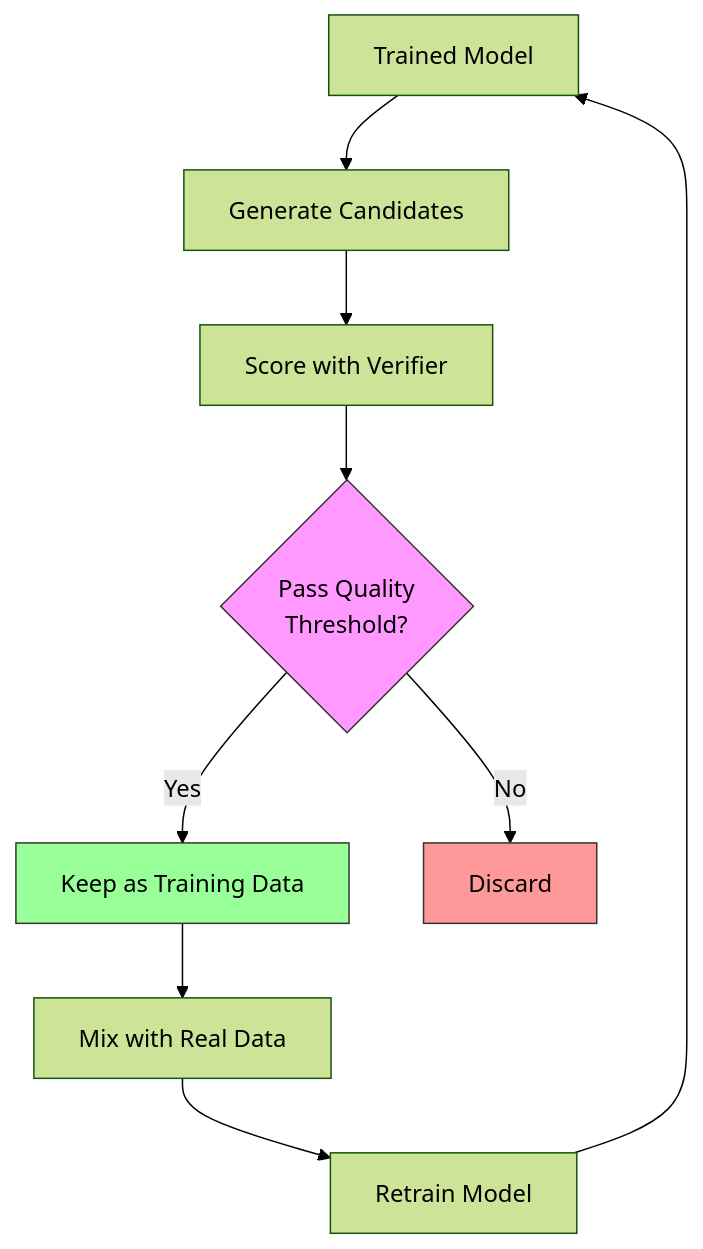
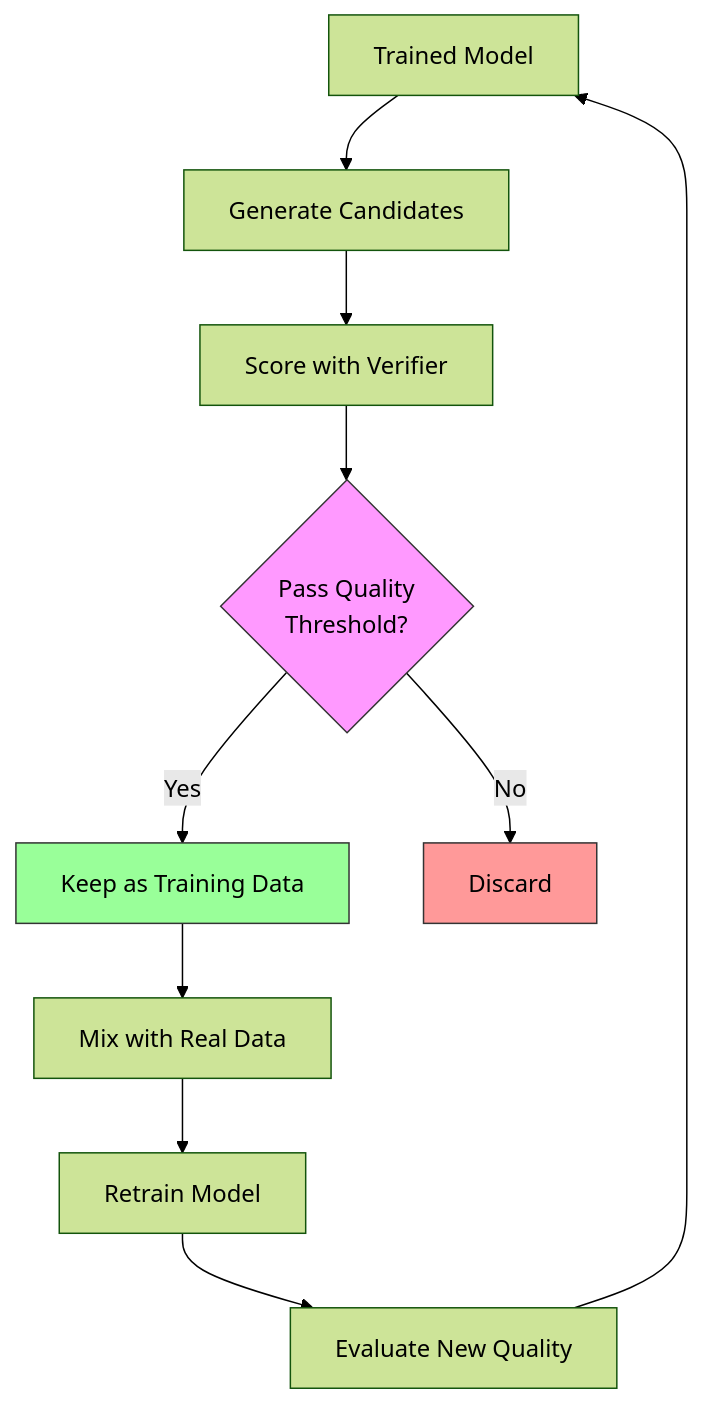
Before and after one commit to danilop/micro-gpt-and-beyond: the diagram in walk-the-code/diagrams/self_improve_loop.mmd, drawn with Mermaid (forest theme). The commit also changed 59 other files, not shown here.

Commit message:
Improve lab diagrams and mappings

```diff
--- a/walk-the-code/diagrams/self_improve_loop.mmd
+++ b/walk-the-code/diagrams/self_improve_loop.mmd
@@ -1,12 +1,13 @@
 graph TD
   A[Trained Model] --> B[Generate Candidates]
   B --> C[Score with Verifier]
   C --> D{Pass Quality<br/>Threshold?}
   D -->|Yes| E[Keep as Training Data]
   D -->|No| F[Discard]
   E --> G[Mix with Real Data]
   G --> H[Retrain Model]
-  H --> A
+  H --> I[Evaluate New Quality]
+  I --> A
   style D fill:#f9f,stroke:#333
   style E fill:#9f9,stroke:#333
   style F fill:#f99,stroke:#333
```
